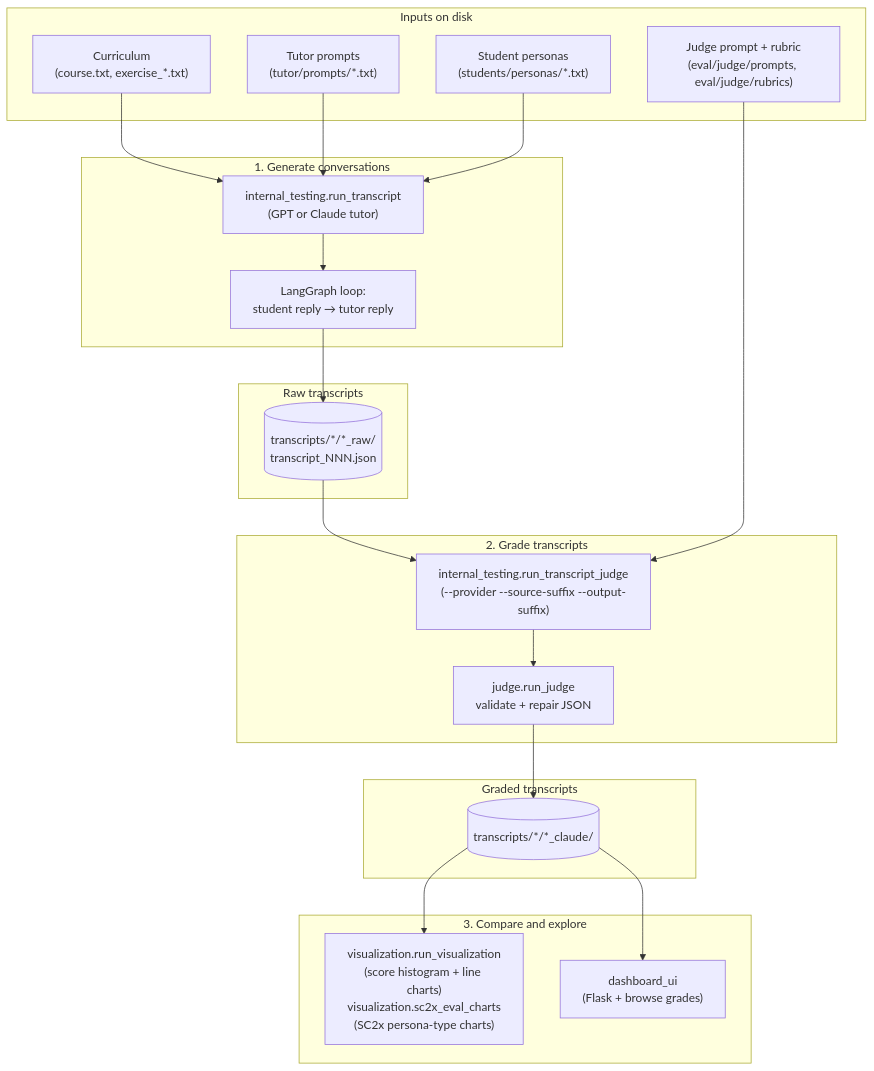
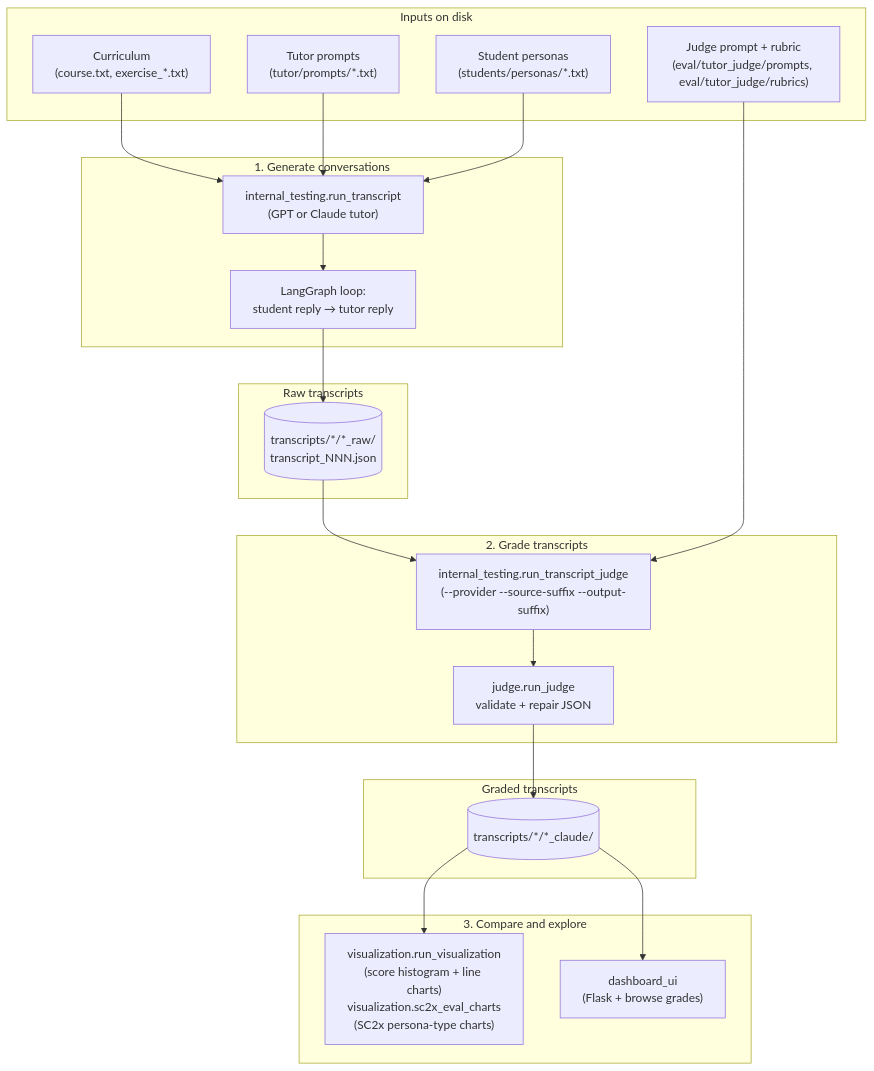
Before and after one commit to bonbon-on-fire/asktim_llm_tutor_project: the third of 3 diagrams in README.md, drawn with Mermaid. The commit also changed other lines of this file and 27 other files, not shown here.

First line of the commit message:
refactor(eval): rename eval/judge -> eval/tutor_judge

````diff
--- a/README.md
+++ b/README.md
@@ -174,42 +174,42 @@
 ```mermaid
 flowchart TD
     subgraph inputs["Inputs on disk"]
         CUR["Curriculum\n(course.txt, exercise_*.txt)"]
         TUT["Tutor prompts\n(tutor/prompts/*.txt)"]
         PER["Student personas\n(students/personas/*.txt)"]
-        JR["Judge prompt + rubric\n(eval/judge/prompts, eval/judge/rubrics)"]
+        JR["Judge prompt + rubric\n(eval/tutor_judge/prompts, eval/tutor_judge/rubrics)"]
     end
 
     subgraph gen["1. Generate conversations"]
         UIRAW["internal_testing.run_transcript\n(GPT or Claude tutor)"]
         LOOP["LangGraph loop:\nstudent reply → tutor reply"]
     end
 
     subgraph rawstore["Raw transcripts"]
         RAWF[("transcripts/*/*_raw/\ntranscript_NNN.json")]
     end
 
     subgraph judge["2. Grade transcripts"]
         UIJ["internal_testing.run_transcript_judge\n(--provider --source-suffix --output-suffix)"]
         JG["judge.run_judge\nvalidate + repair JSON"]
     end
 
     subgraph gradedstore["Graded transcripts"]
         GF[("transcripts/*/*_claude/")]
     end
 
     subgraph view["3. Compare and explore"]
         VIZ["visualization.run_visualization\n(score histogram + line charts)\nvisualization.sc2x_eval_charts\n(SC2x persona-type charts)"]
         DASH["dashboard_ui\n(Flask + browse grades)"]
     end
 
     CUR --> UIRAW
     TUT --> UIRAW
     PER --> UIRAW
     UIRAW --> LOOP --> RAWF
     RAWF --> UIJ
     JR --> UIJ
     UIJ --> JG --> GF
     GF --> VIZ
     GF --> DASH
 ```
````
